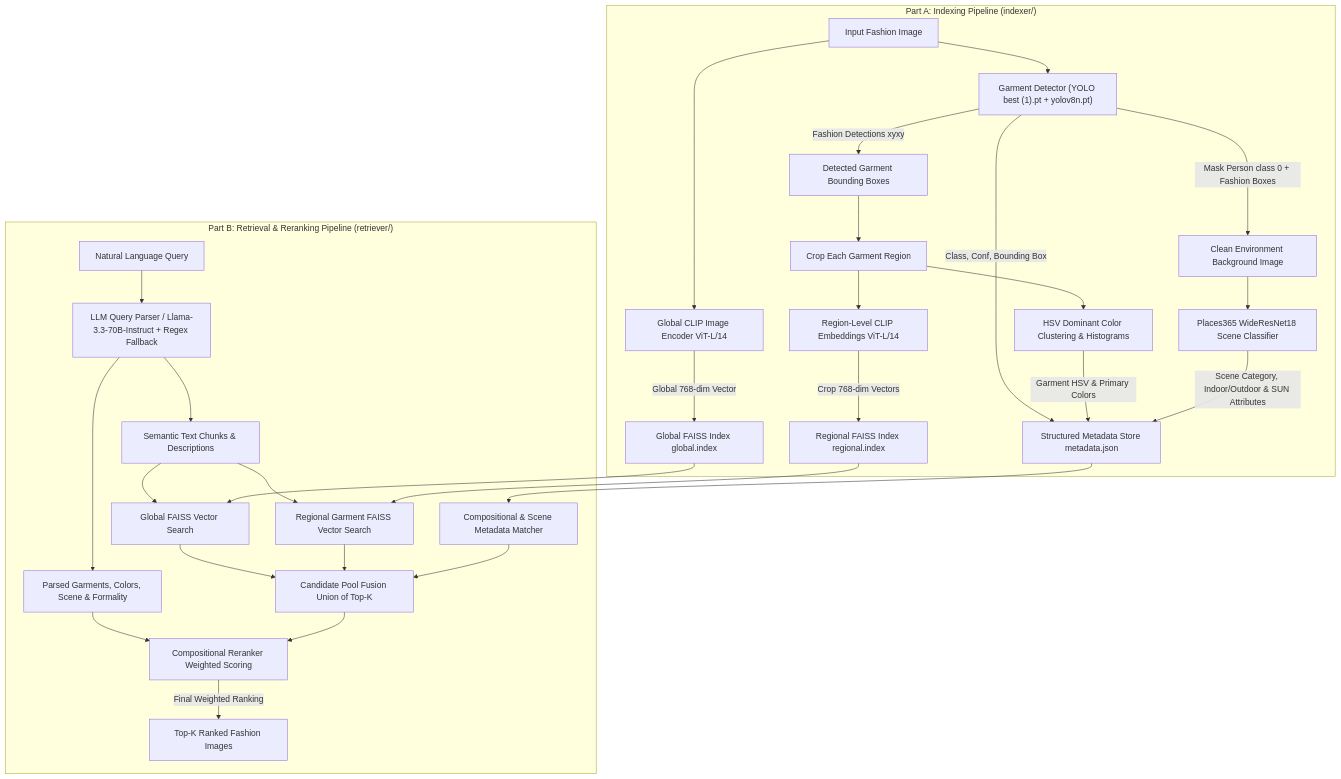
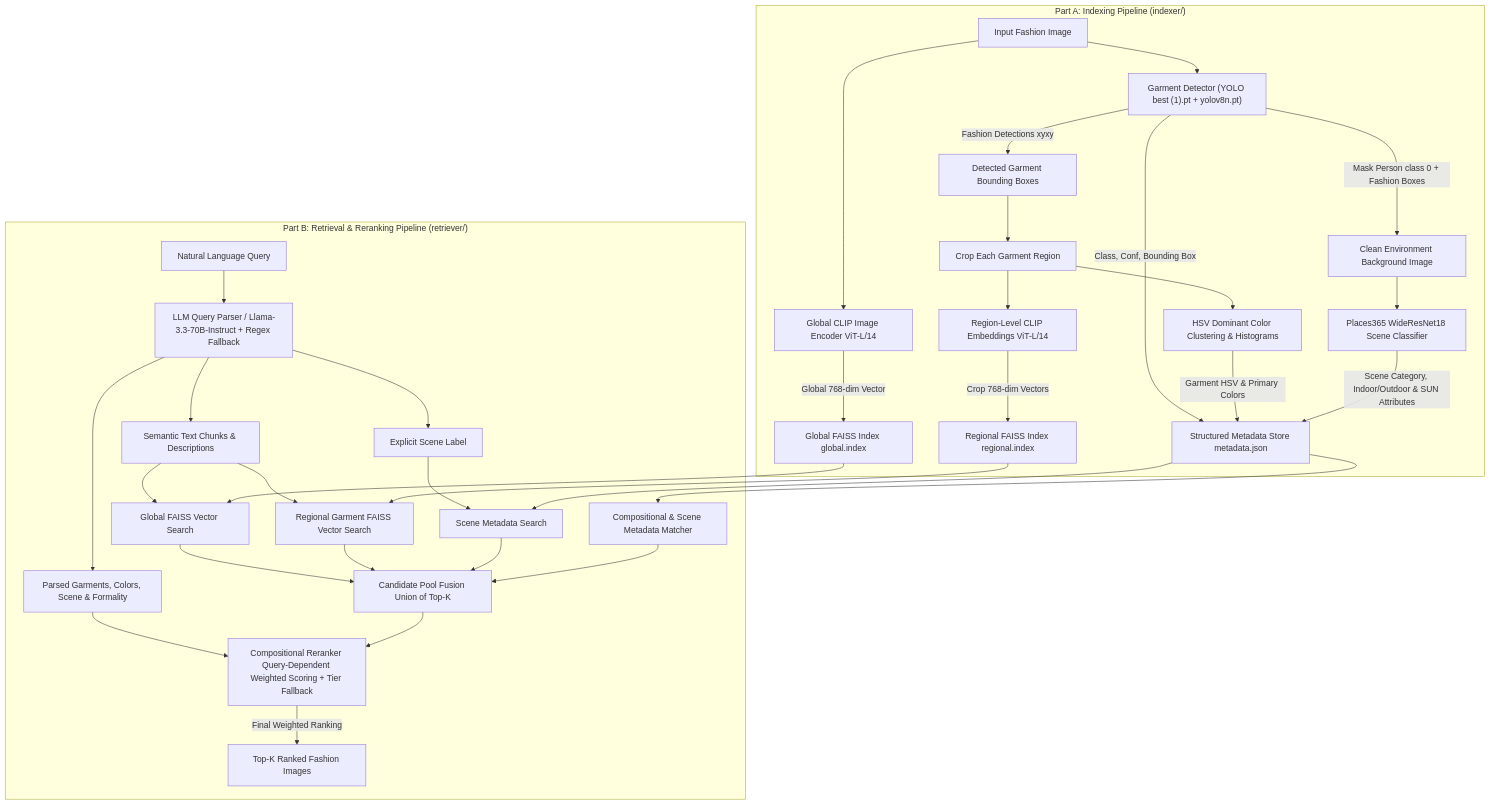
One commit to rajbasnet123789/Search_Retriever changed the diagram in README.md. Above: the diagram before and after it, drawn with Mermaid. The commit also changed other lines of this file and 7 other files, not shown here.

First line of the commit message:
refactor retriever: scene-based retrieval, query-dependent weights, tier fallback, formality isolation

````diff
--- a/README.md
+++ b/README.md
@@ -11,44 +11,48 @@
 ```mermaid
 graph TD
     subgraph INDEXING["Part A: Indexing Pipeline (indexer/)"]
         A[Input Fashion Image] --> B[Global CLIP Image Encoder ViT-L/14]
         A --> C["Garment Detector (YOLO best (1).pt + yolov8n.pt)"]
 
         C -->|Fashion Detections xyxy| E[Detected Garment Bounding Boxes]
         E --> F[Crop Each Garment Region]
         F --> G[Region-Level CLIP Embeddings ViT-L/14]
         F --> H[HSV Dominant Color Clustering & Histograms]
 
         C -->|Mask Person class 0 + Fashion Boxes| M[Clean Environment Background Image]
         M --> D[Places365 WideResNet18 Scene Classifier]
 
         B -->|Global 768-dim Vector| I[Global FAISS Index global.index]
         G -->|Crop 768-dim Vectors| J[Regional FAISS Index regional.index]
 
         C -->|Class, Conf, Bounding Box| K[Structured Metadata Store metadata.json]
         H -->|Garment HSV & Primary Colors| K
         D -->|Scene Category, Indoor/Outdoor & SUN Attributes| K
     end
 
     subgraph RETRIEVAL["Part B: Retrieval & Reranking Pipeline (retriever/)"]
         L[Natural Language Query] --> N[LLM Query Parser / Llama-3.3-70B-Instruct + Regex Fallback]
 
         N --> O[Semantic Text Chunks & Descriptions]
         O --> P[Global FAISS Vector Search]
         O --> Q[Regional Garment FAISS Vector Search]
+        N --> SS[Explicit Scene Label]
+        SS --> SB[Scene Metadata Search]
 
         I --> P
         J --> Q
+        K --> SB
 
         N --> R[Parsed Garments, Colors, Scene & Formality]
         K --> S[Compositional & Scene Metadata Matcher]
 
         P --> T[Candidate Pool Fusion Union of Top-K]
         Q --> T
+        SB --> T
         S --> T
-        R --> U[Compositional Reranker Weighted Scoring]
+        R --> U[Compositional Reranker Query-Dependent Weighted Scoring + Tier Fallback]
         T --> U
 
         U -->|Final Weighted Ranking| V[Top-K Ranked Fashion Images]
     end
 ```
````
